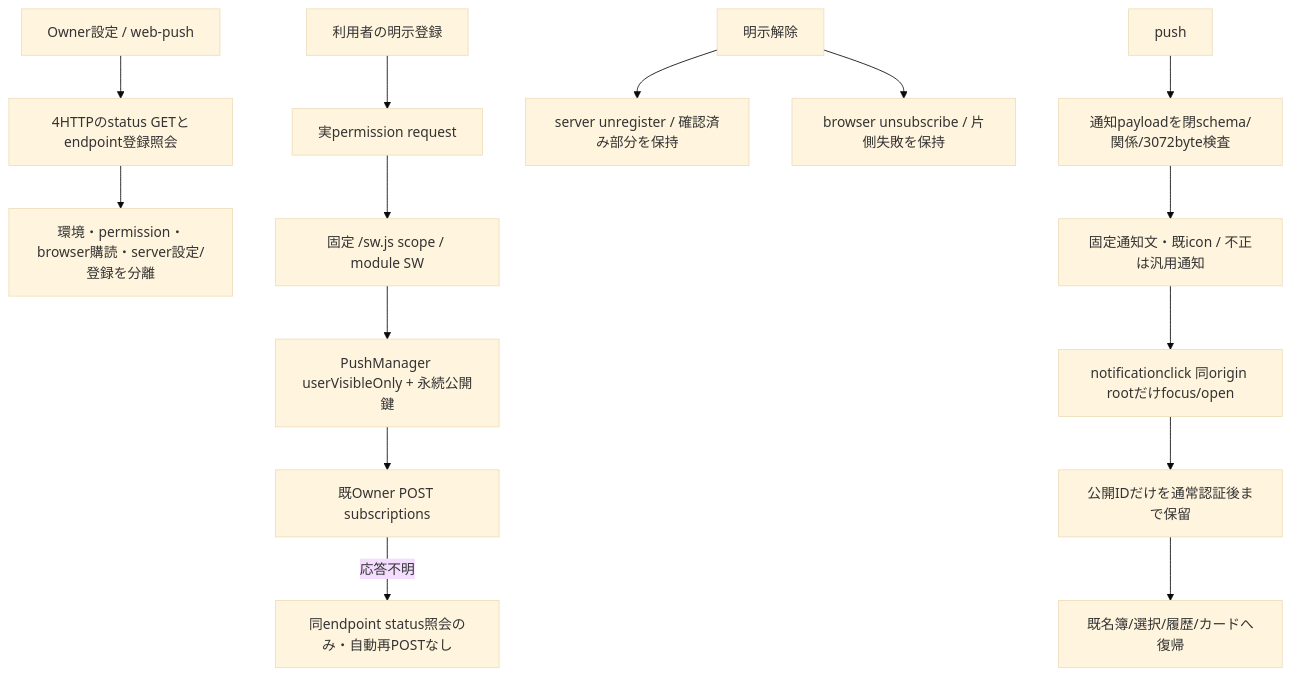
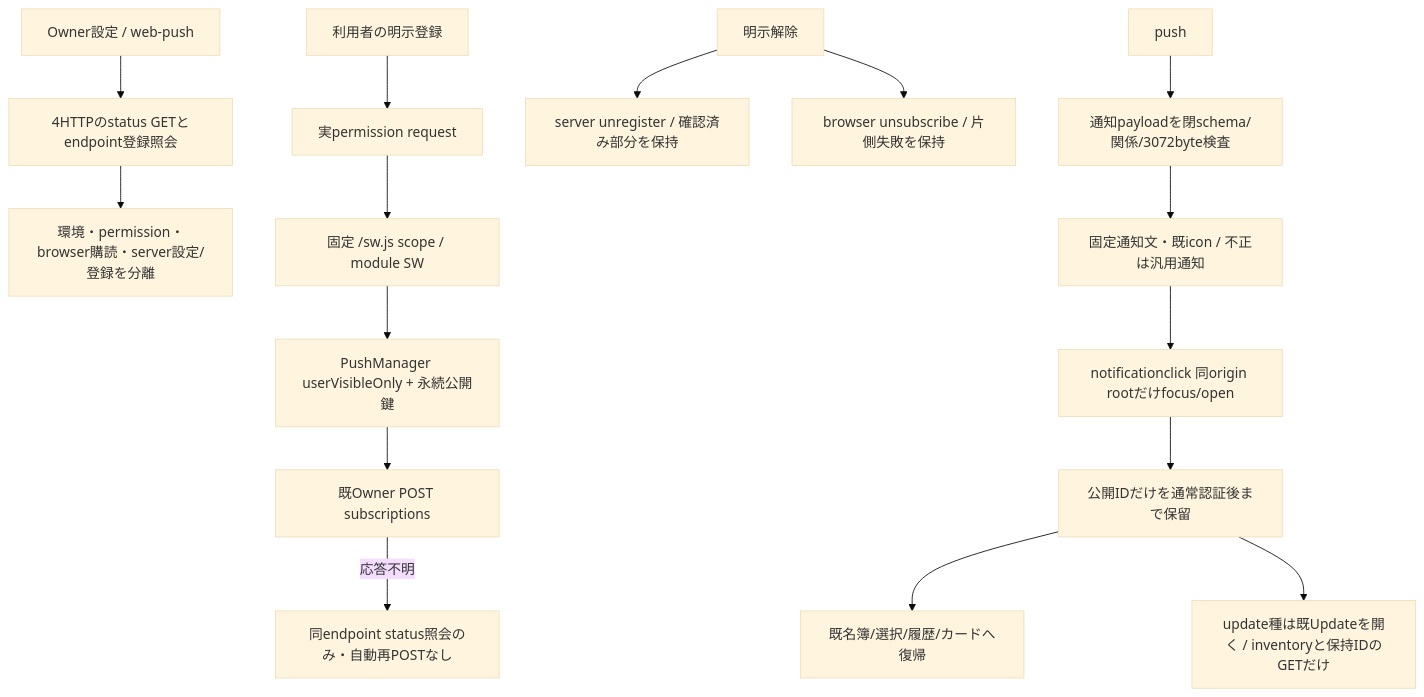
One commit to kitepon/BellTeam changed the diagram in docs/architecture/modules/web/web-push.md. Above: the diagram before and after it, drawn with Mermaid (base theme). The commit also changed other lines of this file and 6 other files, not shown here.

````diff
--- a/docs/architecture/modules/web/web-push.md
+++ b/docs/architecture/modules/web/web-push.md
@@ -5,17 +5,18 @@
 ```mermaid
 flowchart TD
   Settings[Owner設定 / web-push] --> Read[4HTTPのstatus GETとendpoint登録照会]
   Read --> States[環境・permission・browser購読・server設定/登録を分離]
   Click[利用者の明示登録] --> Permission[実permission request]
   Permission --> SW[固定 /sw.js scope / module SW]
   SW --> Subscribe[PushManager userVisibleOnly + 永続公開鍵]
   Subscribe --> Save[既Owner POST subscriptions]
   Save -->|応答不明| Lookup[同endpoint status照会のみ・自動再POSTなし]
   Remove[明示解除] --> Server[server unregister / 確認済み部分を保持]
   Remove --> Browser[browser unsubscribe / 片側失敗を保持]
   Push[push] --> Validate[通知payloadを閉schema/関係/3072byte検査]
   Validate --> Display[固定通知文・既icon / 不正は汎用通知]
   Display --> Open[notificationclick 同origin rootだけfocus/open]
   Open --> Route[公開IDだけを通常認証後まで保留]
   Route --> Chat[既名簿/選択/履歴/カードへ復帰]
+  Route --> Update[update種は既Updateを開く / inventoryと保持IDのGETだけ]
 ```
````
